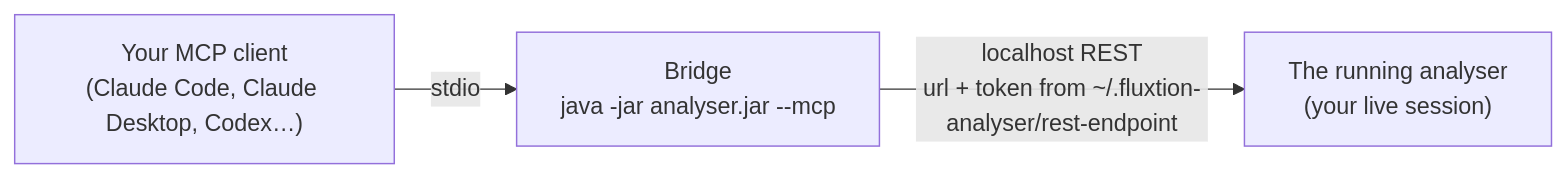
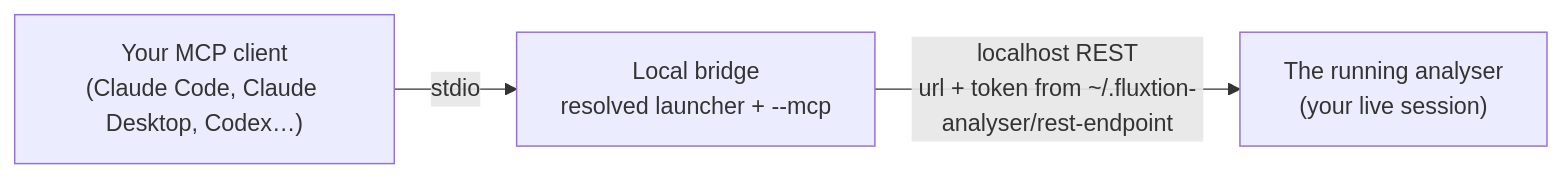
The diagram in docs/site/connect-an-llm.md (telaminai/fluxtionauditlog-analyser), drawn with Mermaid before and after one commit. The commit also changed other lines of this file and 4 other files, not shown here.

````diff
--- a/docs/site/connect-an-llm.md
+++ b/docs/site/connect-an-llm.md
@@ -10,5 +10,5 @@
 ```mermaid
 flowchart LR
-  C["Your MCP client<br/>(Claude Code, Claude Desktop, Codex…)"] -->|stdio| B["Bridge<br/>java -jar analyser.jar --mcp"]
+  C["Your MCP client<br/>(Claude Code, Claude Desktop, Codex…)"] -->|stdio| B["Local bridge<br/>resolved launcher + --mcp"]
   B -->|localhost REST<br/>url + token from ~/.fluxtion-analyser/rest-endpoint| A["The running analyser<br/>(your live session)"]
 ```
````
